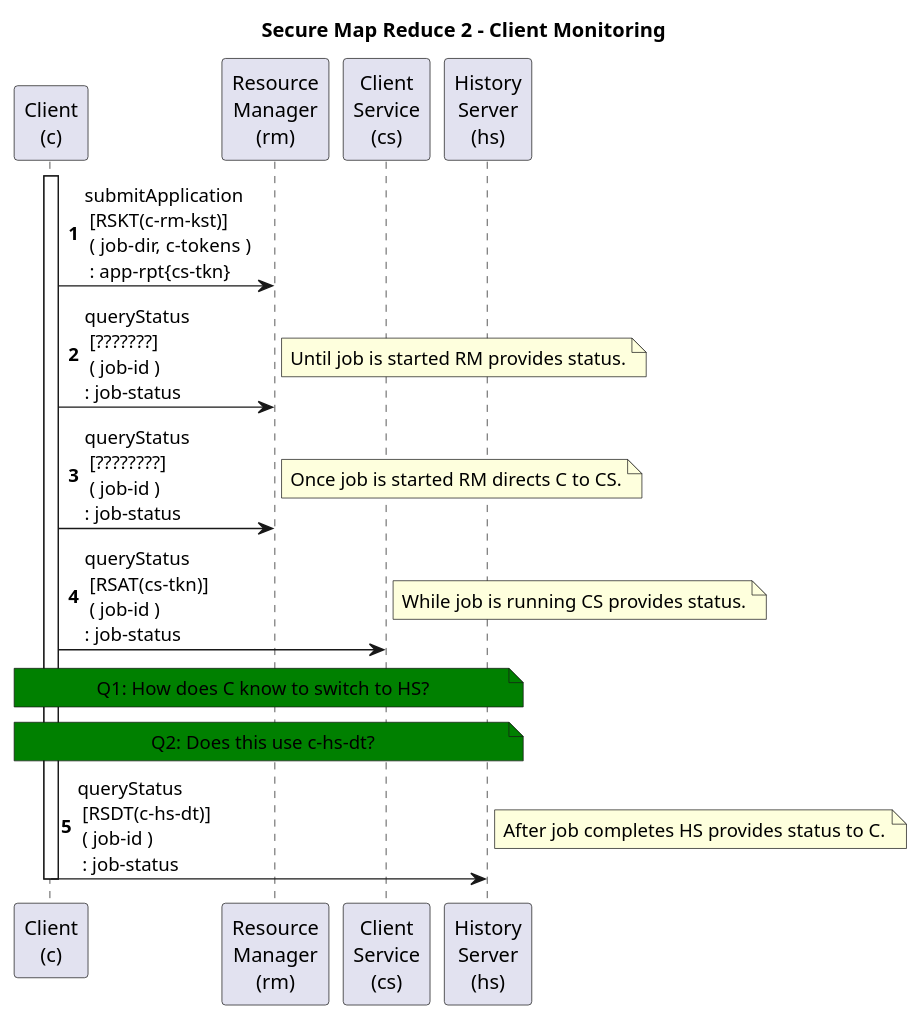
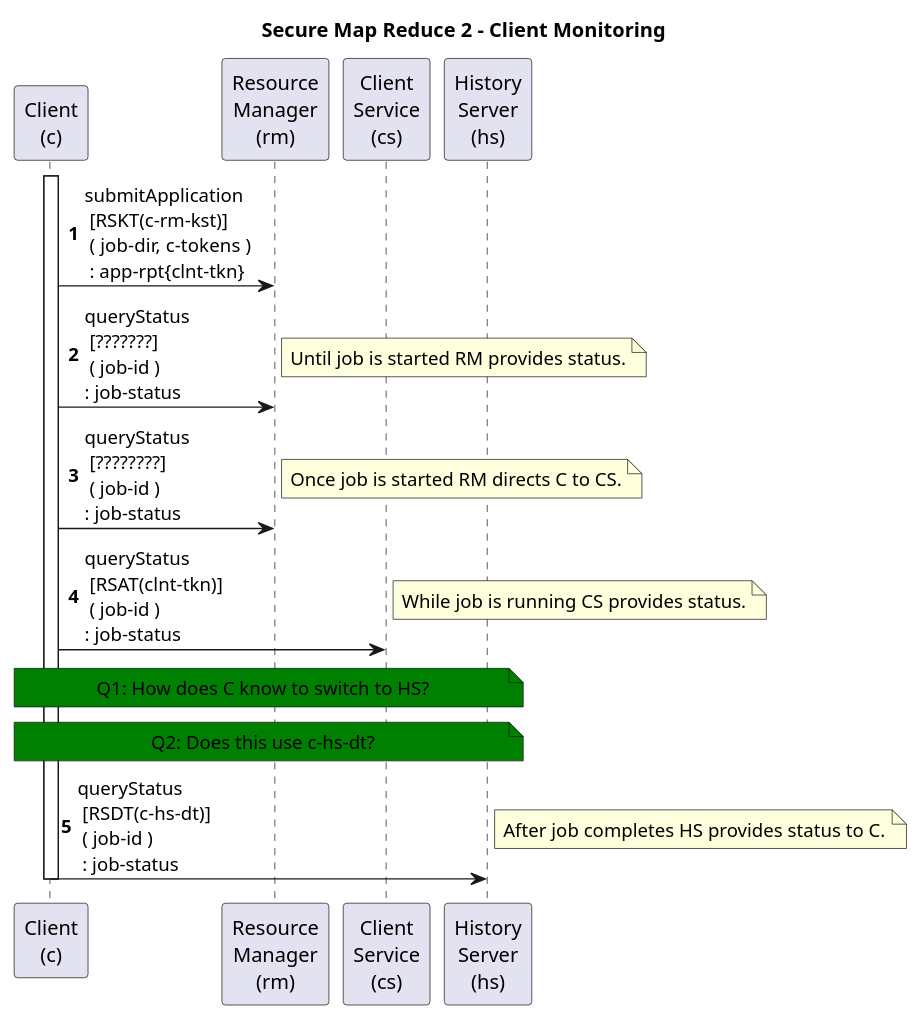
One commit to kminder/puml changed the diagram in hadoop/src/mr2/secure-mapreduce2-08-client-monitoring.puml. Above: the diagram before and after it, drawn with PlantUML. The commit also changed 37 other files, not shown here.

```diff
--- a/hadoop/src/mr2/secure-mapreduce2-08-client-monitoring.puml
+++ b/hadoop/src/mr2/secure-mapreduce2-08-client-monitoring.puml
@@ -1,48 +1,48 @@
 @startuml
 title Secure Map Reduce 2 - Client Monitoring
 autonumber
 'hide footbox
 
 'participant "Kerberos\nKDC" as KDC
 participant "Client\n(c)" as C
 participant "Resource\nManager\n(rm)" as RM
 'participant "Node\nManager\n(nm)" as NM
-'participant "Shuffle\nService\n(ss)" as SS
+'participant "Shuffle\nHandler\n(ss)" as SS
 'participant "Application\nMaster\n(am)" as AM
 participant "Client\nService\n(cs)" as CS
 'participant "Application\nContainer\n(ac)" as AC #red
 'participant "Application\nTask\n(at)" as T #orange
 'participant "File\nSystem\n(fs)" as FS
 'participant "Name\nNode\n(nn)" as NN
 'participant "Data\nNode\n(dn)" as DN
 participant "History\nServer\n(hs)" as HS
 
-  'note over C,HS #green: QUESTION ?
+'note over C,HS #green: QUESTION ?
 
   activate C
 
 '1
-C->RM: submitApplication\n [RSKT(c-rm-kst)]\n ( job-dir, c-tokens )\n : app-rpt{cs-tkn}
+C->RM: submitApplication\n [RSKT(c-rm-kst)]\n ( job-dir, c-tokens )\n : app-rpt{clnt-tkn}
 
 '2
 C->RM: queryStatus\n [???????]\n ( job-id ) \n: job-status
   note right: Until job is started RM provides status.
 
 '3
 C->RM: queryStatus\n [????????]\n ( job-id ) \n: job-status
   note right: Once job is started RM directs C to CS.
 
 '4
-C->CS: queryStatus\n [RSAT(cs-tkn)]\n ( job-id ) \n: job-status
+C->CS: queryStatus\n [RSAT(clnt-tkn)]\n ( job-id ) \n: job-status
   note right: While job is running CS provides status.
 
 note over C,HS #green: Q1: How does C know to switch to HS?
 note over C,HS #green: Q2: Does this use c-hs-dt?
 
 '5
 C->HS: queryStatus\n [RSDT(c-hs-dt)]\n ( job-id )\n : job-status
   note right: After job completes HS provides status to C.
 
   deactivate C
 
 @enduml
```
